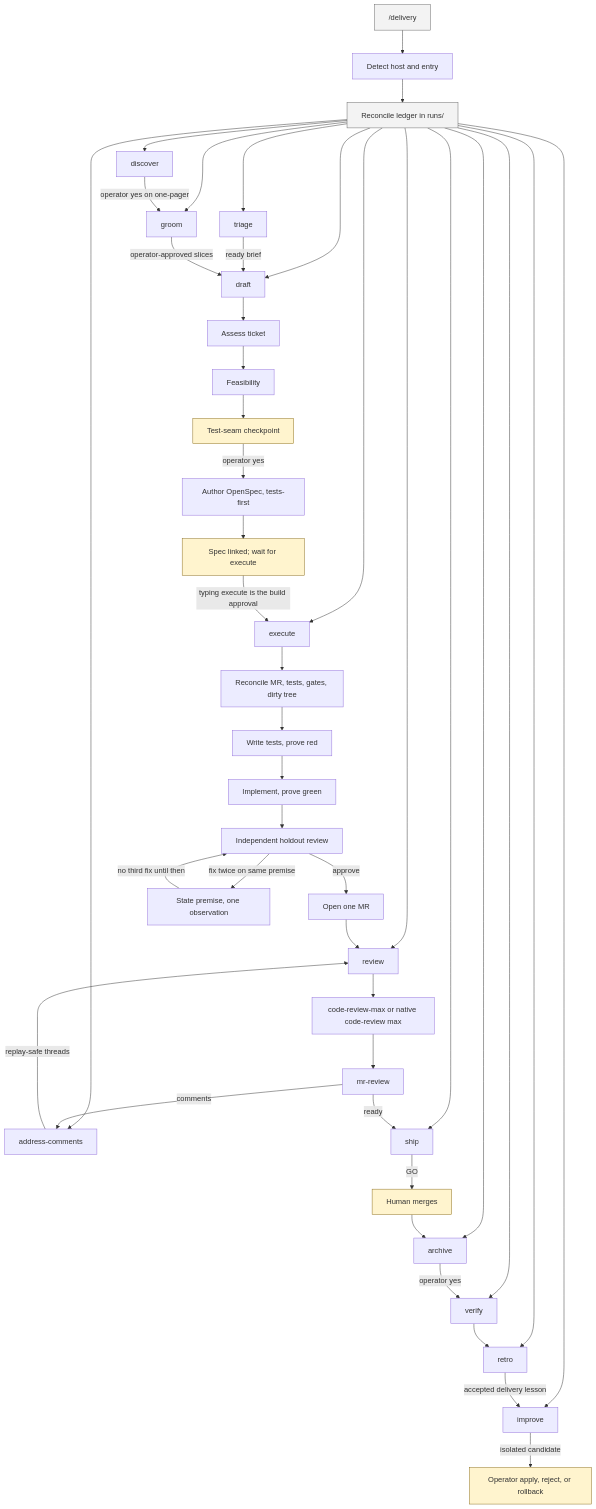
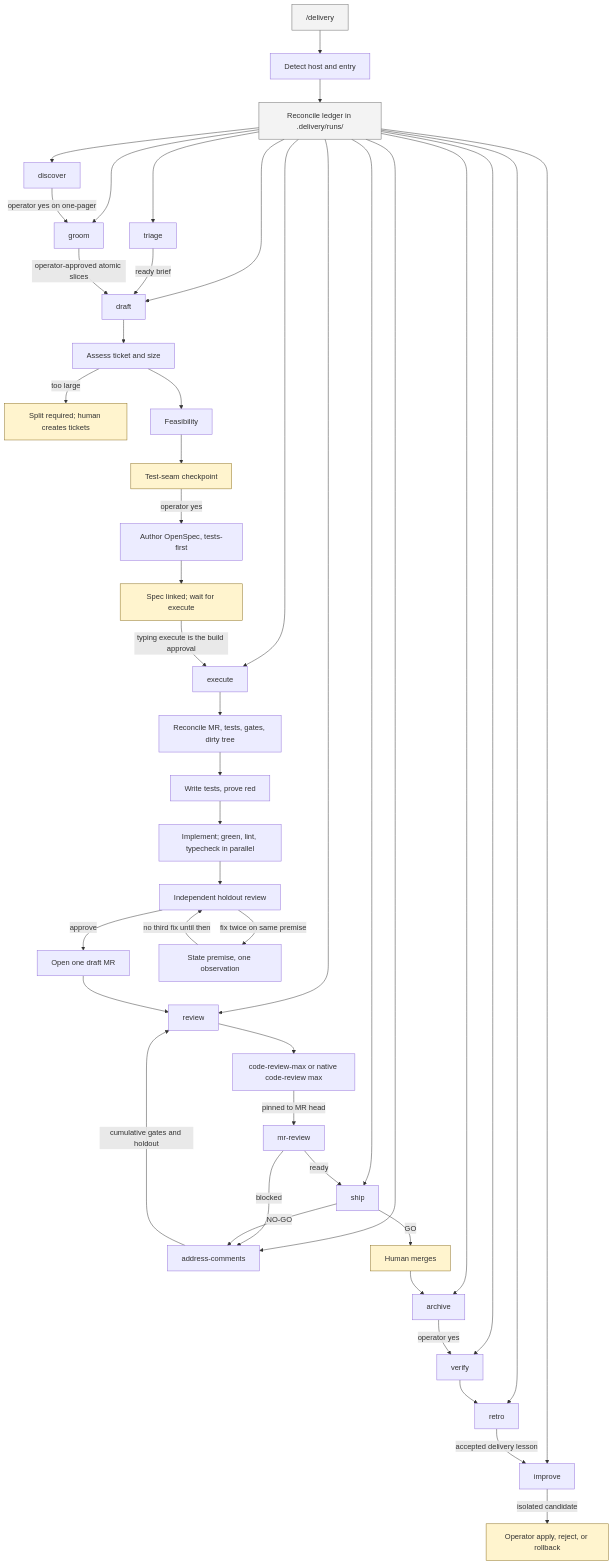
The diagram in README.md (thisismijan/delivery-skills), drawn with Mermaid before and after one commit. The commit also changed other lines of this file, not shown here.

Commit message:
docs(readme): describe hardened delivery workflow

````diff
--- a/README.md
+++ b/README.md
@@ -52,56 +80,58 @@
 ```mermaid
 flowchart TD
   start["/delivery"] --> detect["Detect host and entry"]
-  detect --> ledger["Reconcile ledger in runs/"]
+  detect --> ledger["Reconcile ledger in .delivery/runs/"]
 
   ledger --> discover["discover"]
   ledger --> triage["triage"]
   ledger --> groom["groom"]
   ledger --> draft["draft"]
   ledger --> execute["execute"]
   ledger --> review["review"]
   ledger --> address["address-comments"]
   ledger --> ship["ship"]
   ledger --> archive["archive"]
   ledger --> verify["verify"]
   ledger --> retro["retro"]
   ledger --> improve["improve"]
 
   discover -->|"operator yes on one-pager"| groom
   triage -->|"ready brief"| draft
-  groom -->|"operator-approved slices"| draft
+  groom -->|"operator-approved atomic slices"| draft
 
-  draft --> assess["Assess ticket"]
+  draft --> assess["Assess ticket and size"]
+  assess -->|"too large"| split["Split required; human creates tickets"]
   assess --> feasible["Feasibility"]
   feasible --> seams["Test-seam checkpoint"]
   seams -->|"operator yes"| openspec["Author OpenSpec, tests-first"]
   openspec --> drafted["Spec linked; wait for execute"]
 
   drafted -->|"typing execute is the build approval"| execute
   execute --> resume["Reconcile MR, tests, gates, dirty tree"]
   resume --> red["Write tests, prove red"]
-  red --> green["Implement, prove green"]
+  red --> green["Implement; green, lint, typecheck in parallel"]
   green --> holdout["Independent holdout review"]
-  holdout -->|"approve"| mr["Open one MR"]
+  holdout -->|"approve"| mr["Open one draft MR"]
   holdout -->|"fix twice on same premise"| premise["State premise, one observation"]
   premise -->|"no third fix until then"| holdout
 
   mr --> review
   review --> maxPass["code-review-max or native code-review max"]
-  maxPass --> mrReview["mr-review"]
+  maxPass -->|"pinned to MR head"| mrReview["mr-review"]
   mrReview -->|"ready"| ship
-  mrReview -->|"comments"| address
-  address -->|"replay-safe threads"| review
+  mrReview -->|"blocked"| address
+  address -->|"cumulative gates and holdout"| review
 
   ship -->|"GO"| mergeWait["Human merges"]
+  ship -->|"NO-GO"| address
   mergeWait --> archive
   archive -->|"operator yes"| verify
   verify --> retro
   retro -->|"accepted delivery lesson"| improve
   improve -->|"isolated candidate"| applyWait["Operator apply, reject, or rollback"]
 
   classDef human fill:#fff4ce,stroke:#8a6d1d
   classDef stop fill:#f3f3f3,stroke:#666
-  class seams,drafted,mergeWait,applyWait human
+  class seams,drafted,split,mergeWait,applyWait human
   class start,ledger stop
 ```
````
